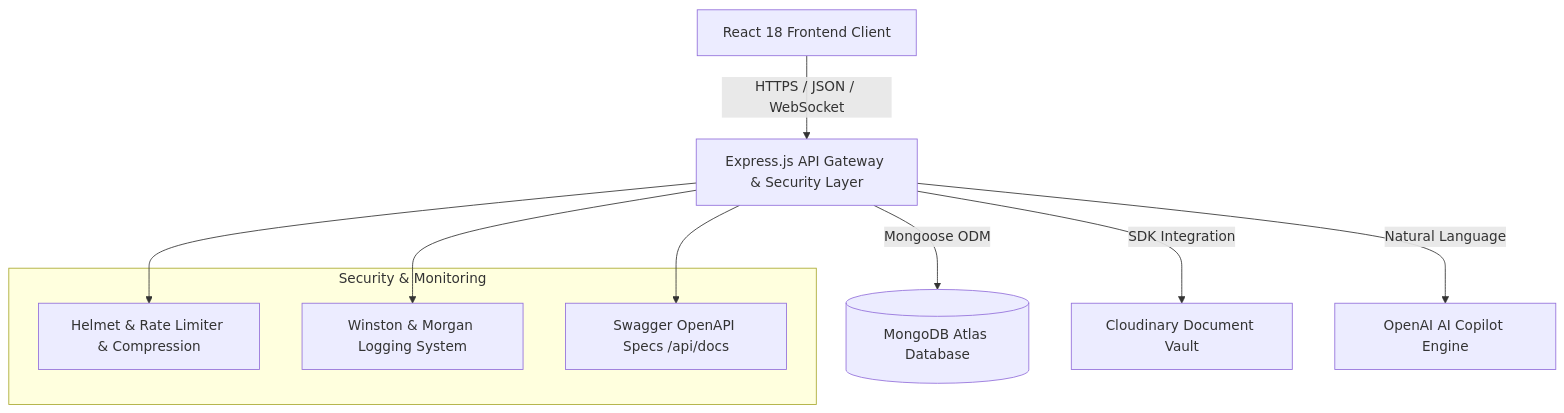
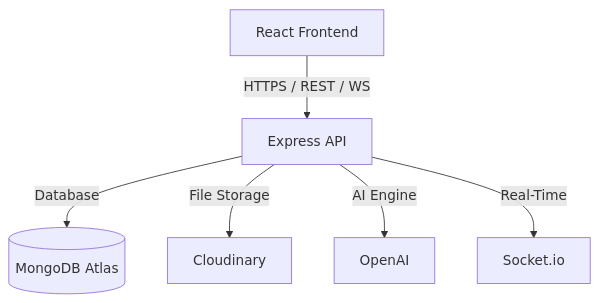
One commit to Technical-Siddhi/EmployeeManagementSystem changed the diagram in README.md. Above: the diagram before and after it, drawn with Mermaid. The commit also changed other lines of this file and 1 other file, not shown here.

Commit message:
docs: update architecture diagram

````diff
--- a/README.md
+++ b/README.md
@@ -45,17 +57,8 @@
 ```mermaid
 graph TD
-    A[React 18 Frontend Client] -->|HTTPS / JSON / WebSocket| B[Express.js API Gateway & Security Layer]
-    B --> C[Helmet & Rate Limiter & Compression]
-    B --> D[Winston & Morgan Logging System]
-    B --> E[Swagger OpenAPI Specs /api/docs]
-    
-    B -->|Mongoose ODM| F[(MongoDB Atlas Database)]
-    B -->|SDK Integration| G[Cloudinary Document Vault]
-    B -->|Natural Language| H[OpenAI AI Copilot Engine]
-
-    subgraph Security & Monitoring
-        C
-        D
-        E
-    end
+    A[React Frontend] -->|HTTPS / REST / WS| B[Express API]
+    B -->|Database| C[(MongoDB Atlas)]
+    B -->|File Storage| D[Cloudinary]
+    B -->|AI Engine| E[OpenAI]
+    B -->|Real-Time| F[Socket.io]
 ```
````
